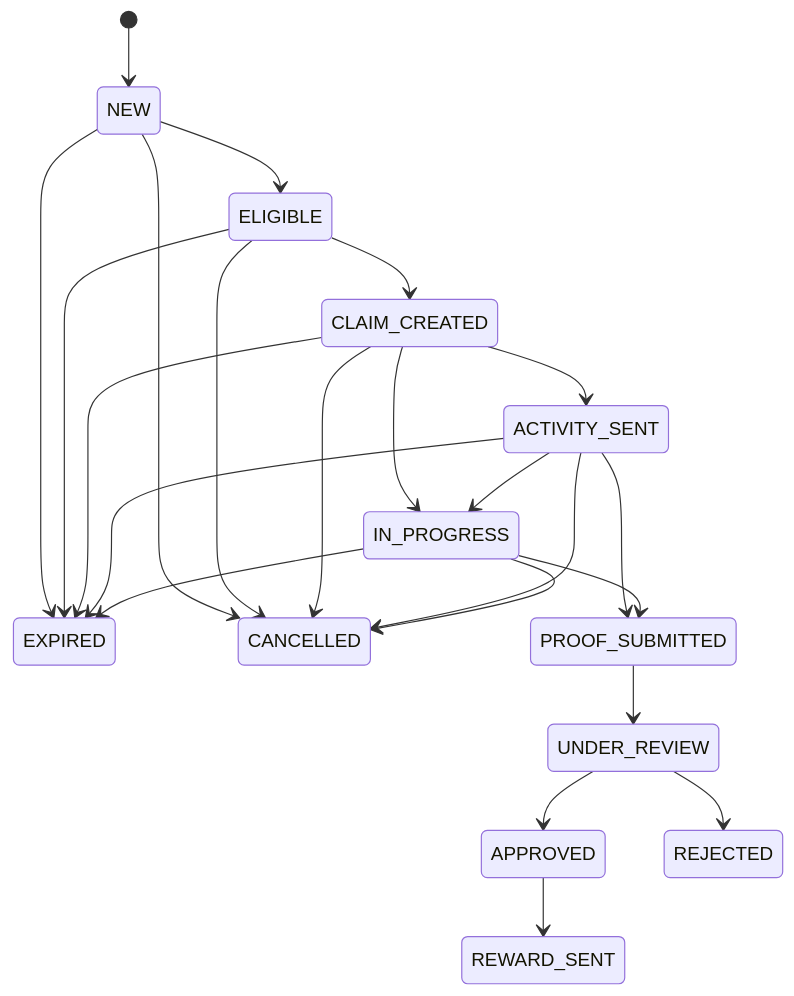
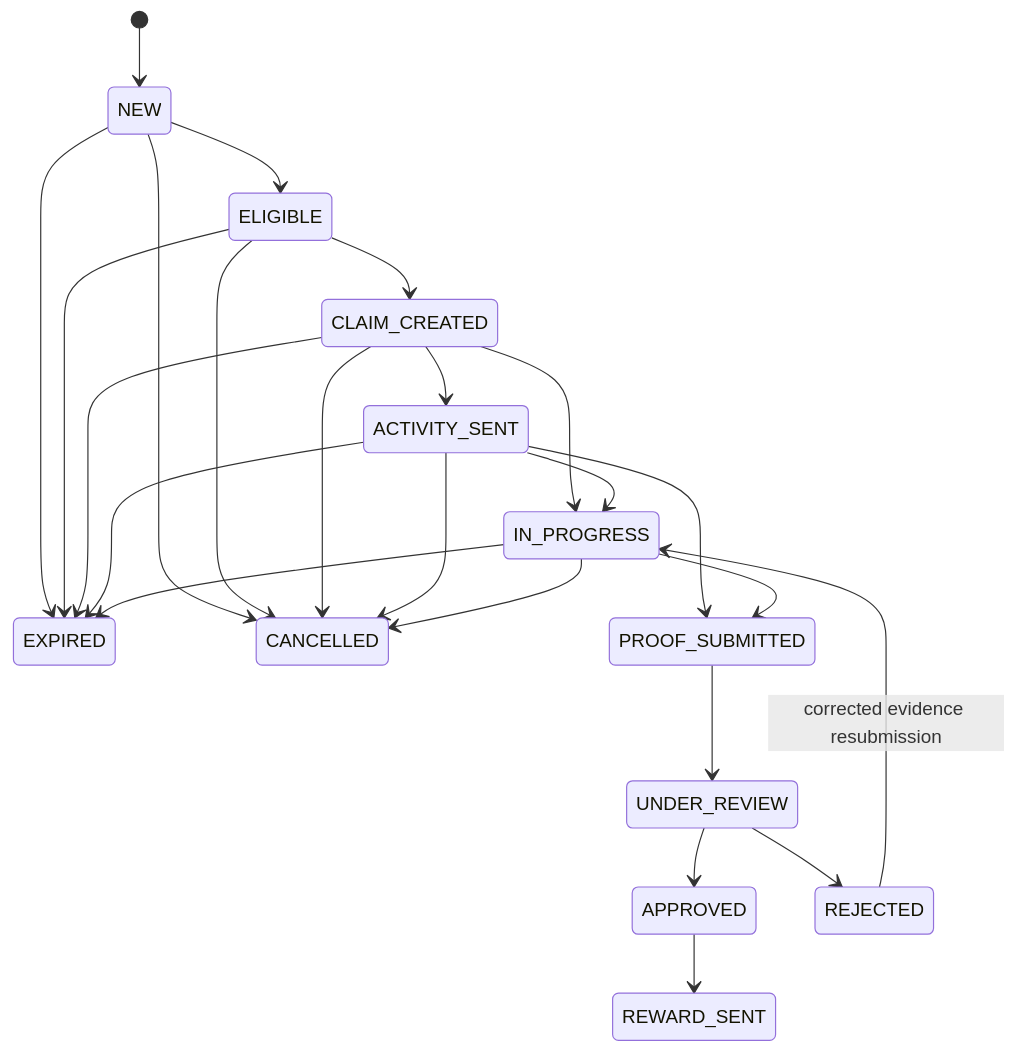
Before and after one commit to jimkuy69/ole88-line-campaign: the diagram in docs/claim-state-machine.md, drawn with Mermaid. The commit also changed other lines of this file and 32 other files, not shown here.

````diff
--- a/docs/claim-state-machine.md
+++ b/docs/claim-state-machine.md
@@ -5,25 +5,26 @@
 ```mermaid
 stateDiagram-v2
   [*] --> NEW
   NEW --> ELIGIBLE
   NEW --> EXPIRED
   NEW --> CANCELLED
   ELIGIBLE --> CLAIM_CREATED
   ELIGIBLE --> EXPIRED
   ELIGIBLE --> CANCELLED
   CLAIM_CREATED --> ACTIVITY_SENT
   CLAIM_CREATED --> IN_PROGRESS
   CLAIM_CREATED --> EXPIRED
   CLAIM_CREATED --> CANCELLED
   ACTIVITY_SENT --> IN_PROGRESS
   ACTIVITY_SENT --> PROOF_SUBMITTED
   ACTIVITY_SENT --> EXPIRED
   ACTIVITY_SENT --> CANCELLED
   IN_PROGRESS --> PROOF_SUBMITTED
   IN_PROGRESS --> EXPIRED
   IN_PROGRESS --> CANCELLED
   PROOF_SUBMITTED --> UNDER_REVIEW
   UNDER_REVIEW --> APPROVED
   UNDER_REVIEW --> REJECTED
   APPROVED --> REWARD_SENT
+  REJECTED --> IN_PROGRESS : corrected evidence resubmission
 ```
````
